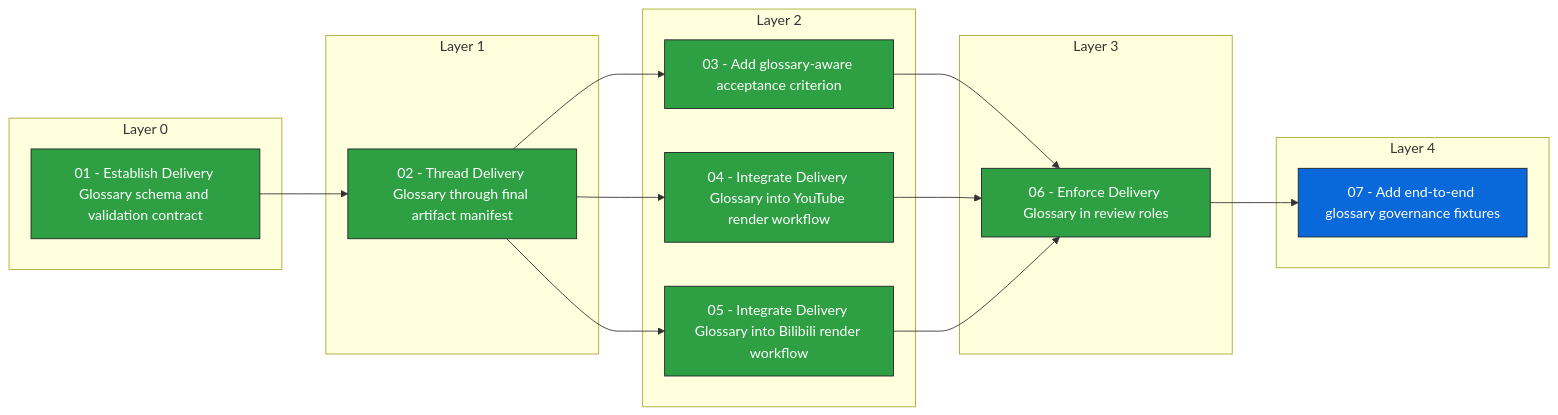
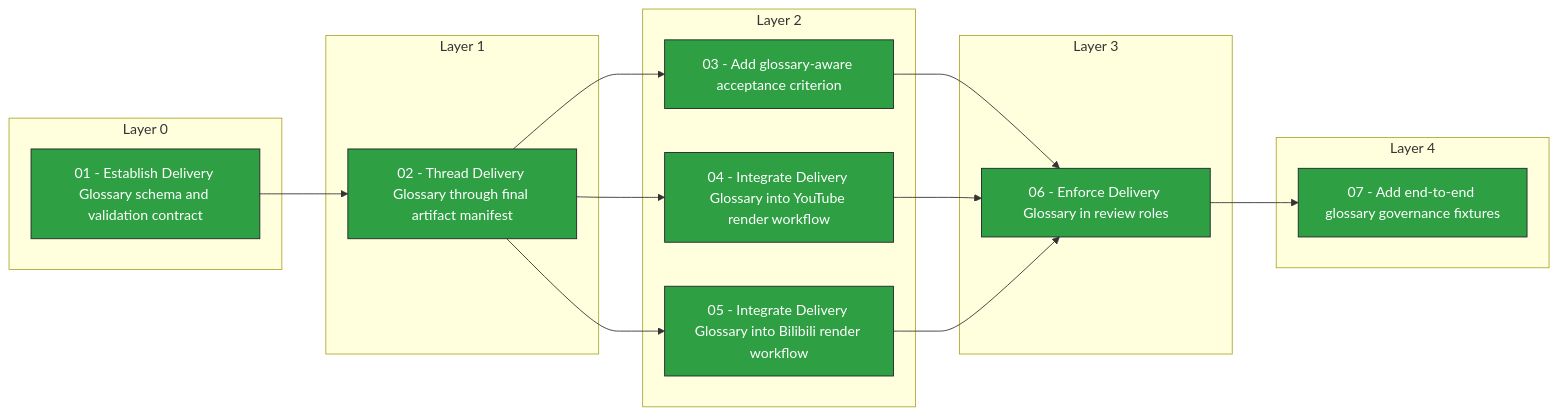
One commit to Nishijujuba/video2pdf changed the diagram in docs/issues/_views/delivery-glossary-terminology-governance-dependencies.md. Above: the diagram before and after it, drawn with Mermaid. The commit also changed other lines of this file and 4 other files, not shown here.

Commit message:
Add delivery glossary governance fixtures

````diff
--- a/docs/issues/_views/delivery-glossary-terminology-governance-dependencies.md
+++ b/docs/issues/_views/delivery-glossary-terminology-governance-dependencies.md
@@ -24,44 +24,44 @@
 ```mermaid
 flowchart LR
   subgraph layer_0["Layer 0"]
     n_01_establish_delivery_glossary_schema_and_validation_contract["01 - Establish Delivery Glossary schema and validation contract"]
   end
   subgraph layer_1["Layer 1"]
     n_02_thread_delivery_glossary_through_final_artifact_manifest["02 - Thread Delivery Glossary through final artifact manifest"]
   end
   subgraph layer_2["Layer 2"]
     n_03_add_glossary_aware_acceptance_criterion["03 - Add glossary-aware acceptance criterion"]
     n_04_integrate_delivery_glossary_into_youtube_render_workflow["04 - Integrate Delivery Glossary into YouTube render workflow"]
     n_05_integrate_delivery_glossary_into_bilibili_render_workflow["05 - Integrate Delivery Glossary into Bilibili render workflow"]
   end
   subgraph layer_3["Layer 3"]
     n_06_enforce_delivery_glossary_in_review_roles["06 - Enforce Delivery Glossary in review roles"]
   end
   subgraph layer_4["Layer 4"]
     n_07_add_end_to_end_glossary_governance_fixtures["07 - Add end-to-end glossary governance fixtures"]
   end
   n_01_establish_delivery_glossary_schema_and_validation_contract --> n_02_thread_delivery_glossary_through_final_artifact_manifest
   n_02_thread_delivery_glossary_through_final_artifact_manifest --> n_03_add_glossary_aware_acceptance_criterion
   n_02_thread_delivery_glossary_through_final_artifact_manifest --> n_04_integrate_delivery_glossary_into_youtube_render_workflow
   n_02_thread_delivery_glossary_through_final_artifact_manifest --> n_05_integrate_delivery_glossary_into_bilibili_render_workflow
   n_03_add_glossary_aware_acceptance_criterion --> n_06_enforce_delivery_glossary_in_review_roles
   n_04_integrate_delivery_glossary_into_youtube_render_workflow --> n_06_enforce_delivery_glossary_in_review_roles
   n_05_integrate_delivery_glossary_into_bilibili_render_workflow --> n_06_enforce_delivery_glossary_in_review_roles
   n_06_enforce_delivery_glossary_in_review_roles --> n_07_add_end_to_end_glossary_governance_fixtures
   class n_01_establish_delivery_glossary_schema_and_validation_contract done
   class n_02_thread_delivery_glossary_through_final_artifact_manifest done
   class n_03_add_glossary_aware_acceptance_criterion done
   class n_04_integrate_delivery_glossary_into_youtube_render_workflow done
   class n_05_integrate_delivery_glossary_into_bilibili_render_workflow done
   class n_06_enforce_delivery_glossary_in_review_roles done
-  class n_07_add_end_to_end_glossary_governance_fixtures ready_for_agent
+  class n_07_add_end_to_end_glossary_governance_fixtures done
   classDef done fill:#2ea043,stroke:#1f2328,color:#ffffff
   classDef ready_for_agent fill:#0969da,stroke:#1f2328,color:#ffffff
   classDef ready_for_human fill:#8250df,stroke:#1f2328,color:#ffffff
   classDef in_progress fill:#d4a72c,stroke:#1f2328,color:#ffffff
   classDef blocked fill:#cf222e,stroke:#1f2328,color:#ffffff
   classDef in_review fill:#bc4c00,stroke:#1f2328,color:#ffffff
   classDef needs_info fill:#8c959f,stroke:#1f2328,color:#ffffff
   classDef needs_triage fill:#d0d7de,stroke:#1f2328,color:#ffffff
   classDef wontfix fill:#57606a,stroke:#1f2328,color:#ffffff
 ```
````
